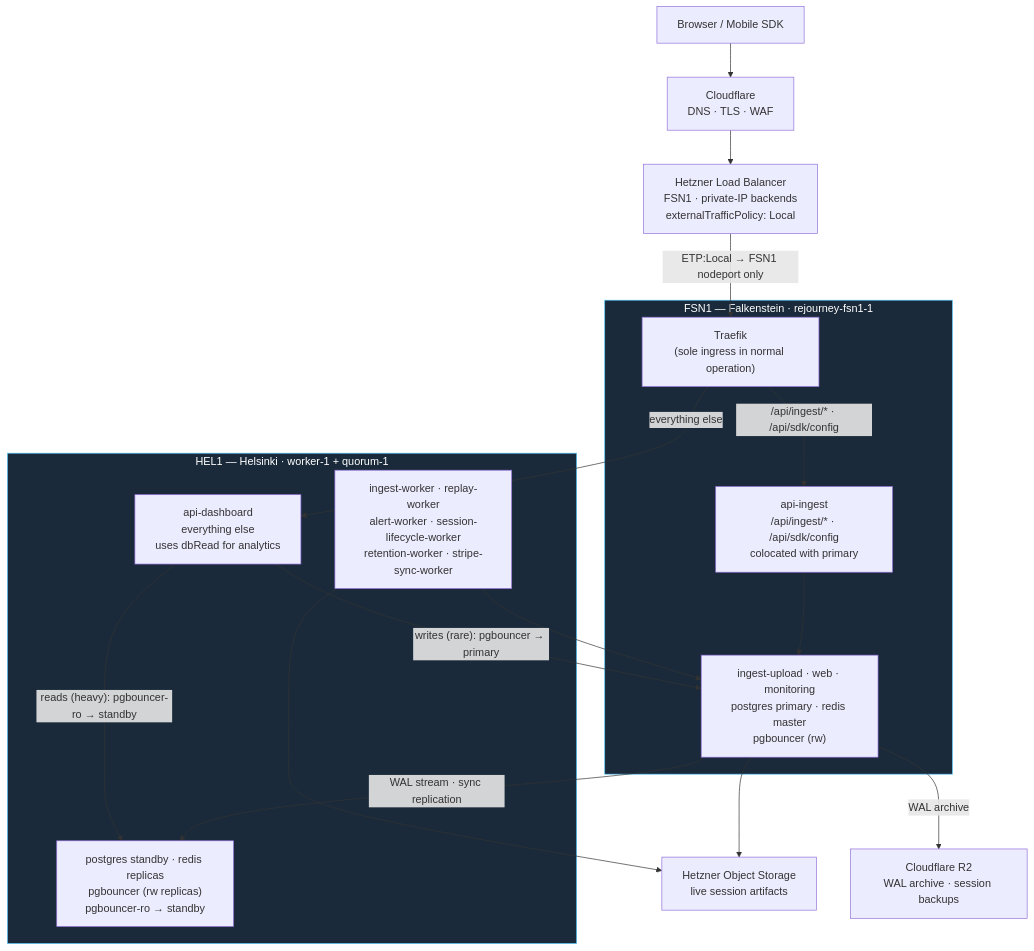
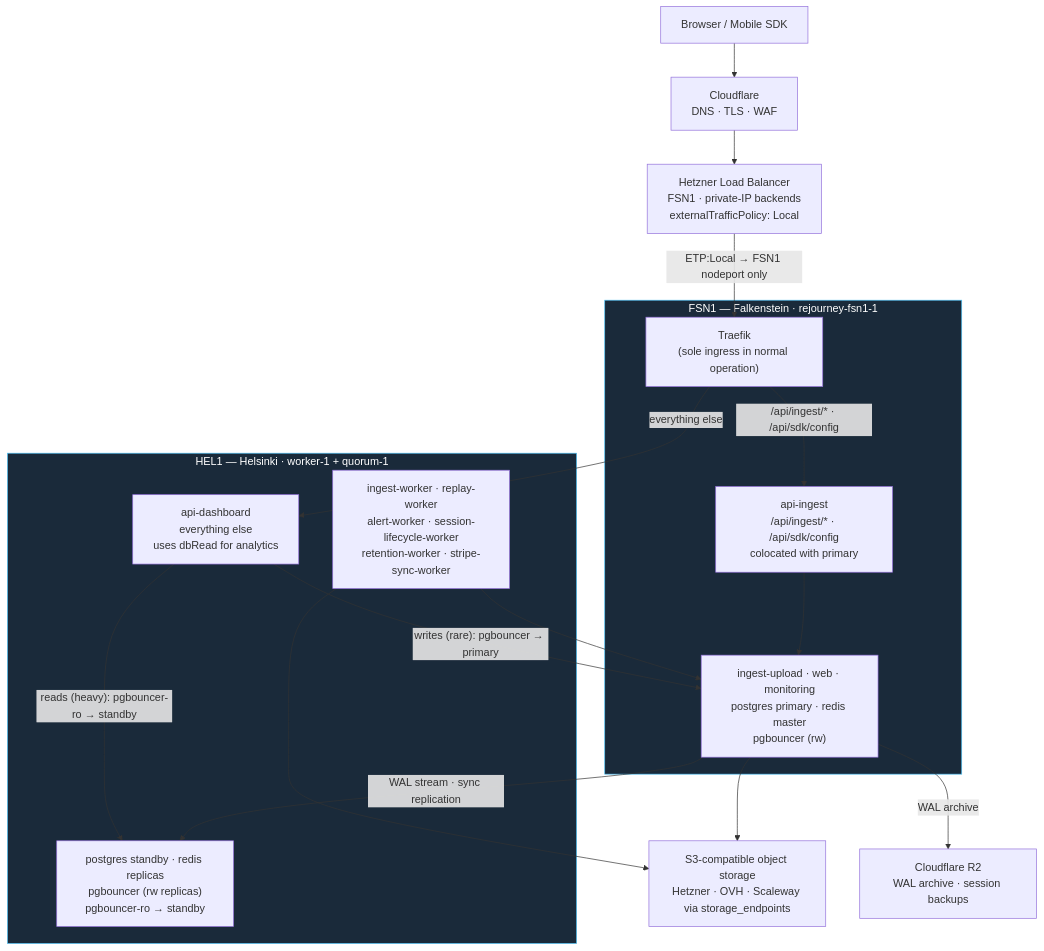
Before and after one commit to sawariz0r/rejourney: the first of 3 diagrams in dev_docs/allthingscloud.md, drawn with Mermaid. The commit also changed other lines of this file and 61 other files, not shown here.

````diff
--- a/dev_docs/allthingscloud.md
+++ b/dev_docs/allthingscloud.md
@@ -29,38 +29,38 @@
 ```mermaid
 graph TD
     USER[Browser / Mobile SDK]
     CF["Cloudflare\nDNS · TLS · WAF"]
     LB["Hetzner Load Balancer\nFSN1 · private-IP backends\nexternalTrafficPolicy: Local"]
 
     subgraph FSN1["FSN1 — Falkenstein · rejourney-fsn1-1"]
         TR["Traefik\n(sole ingress in normal operation)"]
         APIING["api-ingest\n/api/ingest/* · /api/sdk/config\ncolocated with primary"]
         FSN1_SVC["ingest-upload · web · monitoring\npostgres primary · redis master\npgbouncer (rw)"]
     end
 
     subgraph HEL1["HEL1 — Helsinki · worker-1 + quorum-1"]
         APIDASH["api-dashboard\neverything else\nuses dbRead for analytics"]
         WORKERS["ingest-worker · replay-worker\nalert-worker · session-lifecycle-worker\nretention-worker · stripe-sync-worker"]
         STANDBY["postgres standby · redis replicas\npgbouncer (rw replicas)\npgbouncer-ro → standby"]
     end
 
-    S3["Hetzner Object Storage\nlive session artifacts"]
+    S3["S3-compatible object storage\nHetzner · OVH · Scaleway via storage_endpoints"]
     R2["Cloudflare R2\nWAL archive · session backups"]
 
     USER --> CF
     CF --> LB
     LB -->|"ETP:Local → FSN1 nodeport only"| TR
     TR -->|"/api/ingest/* · /api/sdk/config"| APIING
     TR -->|"everything else"| APIDASH
     APIING --> FSN1_SVC
     APIDASH -->|"writes (rare): pgbouncer → primary"| FSN1_SVC
     APIDASH -->|"reads (heavy): pgbouncer-ro → standby"| STANDBY
     FSN1_SVC -->|"WAL stream · sync replication"| STANDBY
     FSN1_SVC --> S3
     FSN1_SVC -->|"WAL archive"| R2
     WORKERS --> FSN1_SVC
     WORKERS --> S3
 
     classDef dc fill:#1a2a3a,stroke:#4fc3f7,color:#fff
     class FSN1,HEL1 dc
 ```
````
